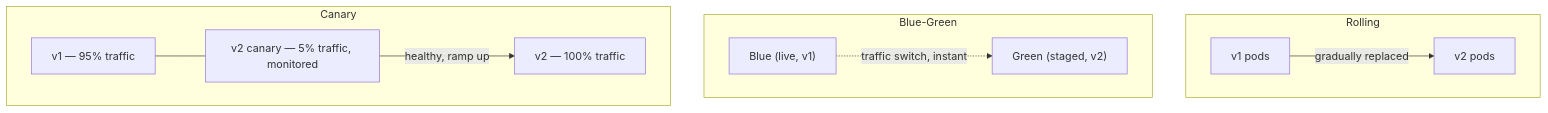
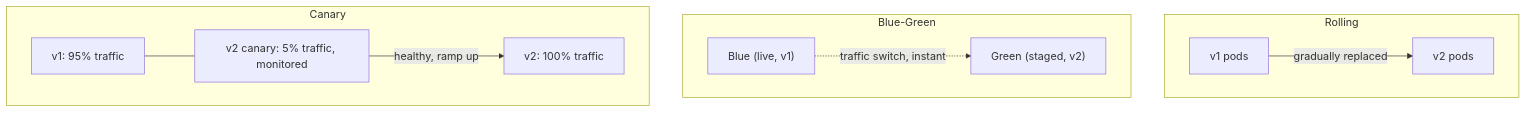
The eighth of 8 diagrams in content/interview/interview-prep-security-cloud.md (josuebrunel/josuebrunel.github.io), drawn with Mermaid before and after one commit. The commit also changed other lines of this file and 6 other files, not shown here.

````diff
--- a/content/interview/interview-prep-security-cloud.md
+++ b/content/interview/interview-prep-security-cloud.md
@@ -171,13 +421,13 @@
 ```mermaid
 graph TD
     subgraph "Rolling"
     R1["v1 pods"] -->|gradually replaced| R2["v2 pods"]
     end
     subgraph "Blue-Green"
     BG1["Blue (live, v1)"] -.->|"traffic switch, instant"| BG2["Green (staged, v2)"]
     end
     subgraph "Canary"
-    CY1["v1 — 95% traffic"] --- CY2["v2 canary — 5% traffic, monitored"]
-    CY2 -->|"healthy, ramp up"| CY3["v2 — 100% traffic"]
+    CY1["v1: 95% traffic"] --- CY2["v2 canary: 5% traffic, monitored"]
+    CY2 -->|"healthy, ramp up"| CY3["v2: 100% traffic"]
     end
 ```
````
